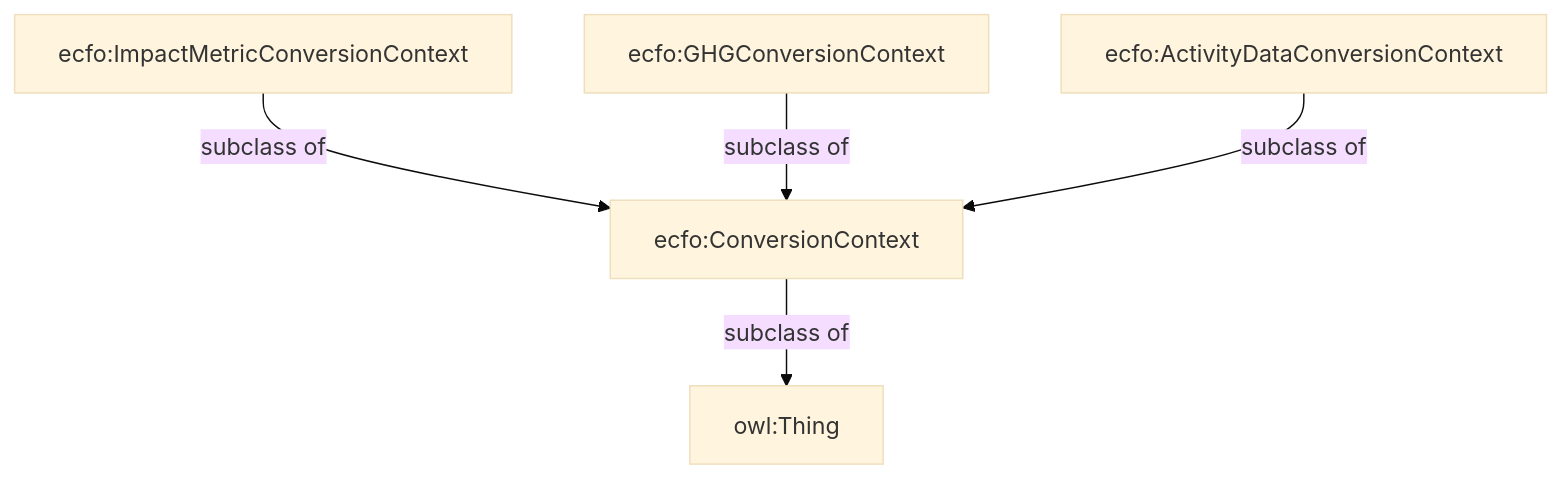
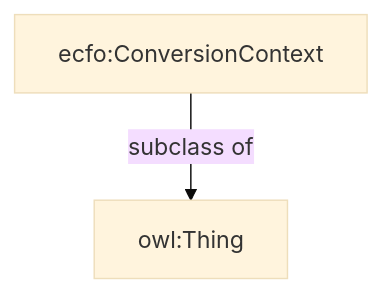
The second of 10 diagrams in development/doc.md (TEC-Toolkit/ECFO), drawn with Mermaid (base theme) before and after one commit. The commit also changed other lines of this file, not shown here.

````diff
--- a/development/doc.md
+++ b/development/doc.md
@@ -7,13 +24,9 @@
 ```mermaid
 graph TD
 TH[owl:Thing]  
 CC[ecfo:ConversionContext]
-    IM[ecfo:ImpactMetricConversionContext]
-    GC[ecfo:GHGConversionContext]
-    AC[ecfo:ActivityDataConversionContext]
+   
 
 CC -- "subclass of" --> TH
-    IM -- "subclass of" --> CC
-    GC -- "subclass of" --> CC
-    AC -- "subclass of" --> CC
+    
 ```
````
